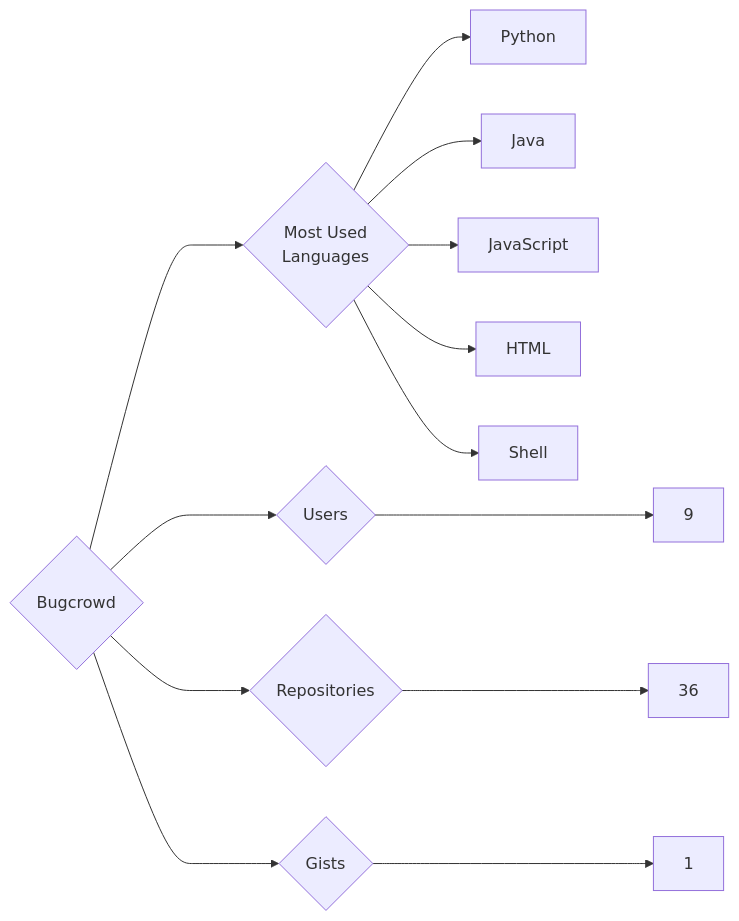
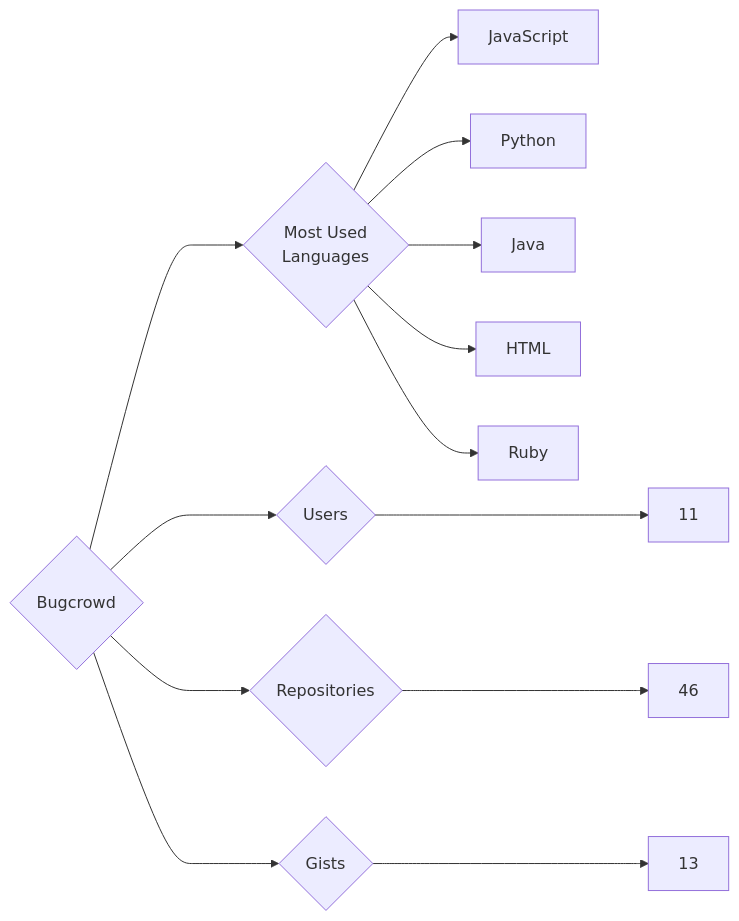
The diagram in targets/Bugcrowd/README.md (trickest/insiders), drawn with Mermaid before and after one commit. The commit also changed 880 other files, not shown here.

````diff
--- a/targets/Bugcrowd/README.md
+++ b/targets/Bugcrowd/README.md
@@ -3,13 +3,13 @@
 ```mermaid
 graph LR
 COMPANY_NAME{Bugcrowd}
-COMPANY_NAME ---> U{Users} ---> UN[9]
-COMPANY_NAME ---> R{Repositories} ---> RN[36]
-COMPANY_NAME ---> G{Gists} ---> GN[1]
+COMPANY_NAME ---> U{Users} ---> UN[11]
+COMPANY_NAME ---> R{Repositories} ---> RN[46]
+COMPANY_NAME ---> G{Gists} ---> GN[13]
 COMPANY_NAME ---> ML{Most Used<br>Languages}
+ML --> JavaScript[JavaScript]
 ML --> Python[Python]
 ML --> Java[Java]
-ML --> JavaScript[JavaScript]
 ML --> HTML[HTML]
-ML --> Shell[Shell]
+ML --> Ruby[Ruby]
 ```
````
